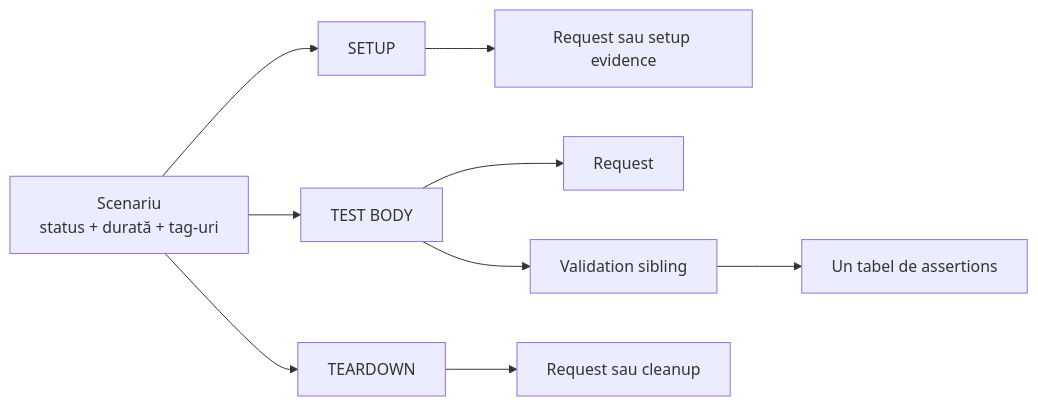
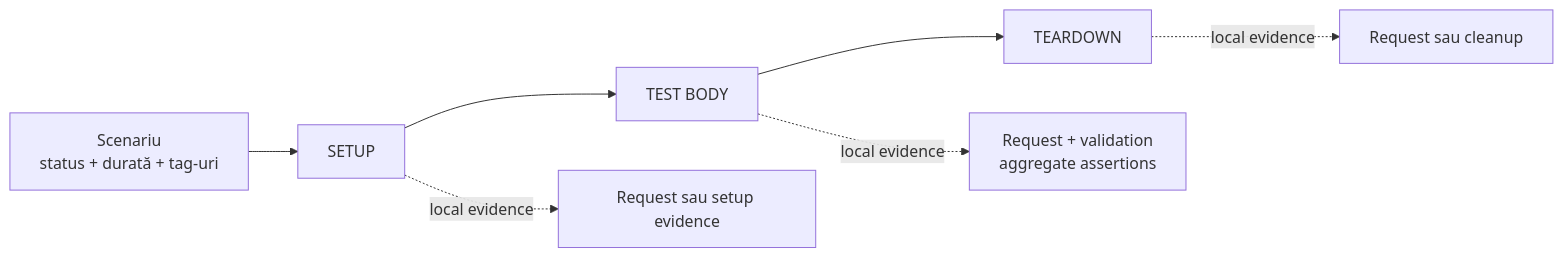
The first of 3 diagrams in docs/ATF_Reporting_Contract.md (crististefanita/demo2), drawn with Mermaid before and after one commit. The commit also changed other lines of this file and 107 other files, not shown here.

````diff
--- a/docs/ATF_Reporting_Contract.md
+++ b/docs/ATF_Reporting_Contract.md
@@ -31,11 +31,9 @@
 ```mermaid
 flowchart LR
     Scenario[Scenariu<br/>status + durată + tag-uri] --> Setup[SETUP]
-    Scenario --> Body[TEST BODY]
-    Scenario --> Teardown[TEARDOWN]
-    Setup --> SetupEvidence[Request sau setup evidence]
-    Body --> Request[Request]
-    Body --> Validation[Validation sibling]
-    Teardown --> Cleanup[Request sau cleanup]
-    Validation --> Assertions[Un tabel de assertions]
+    Setup --> Body[TEST BODY]
+    Body --> Teardown[TEARDOWN]
+    Setup -. local evidence .-> SetupEvidence[Request sau setup evidence]
+    Body -. local evidence .-> BodyEvidence[Request + validation<br/>aggregate assertions]
+    Teardown -. local evidence .-> Cleanup[Request sau cleanup]
 ```
````
